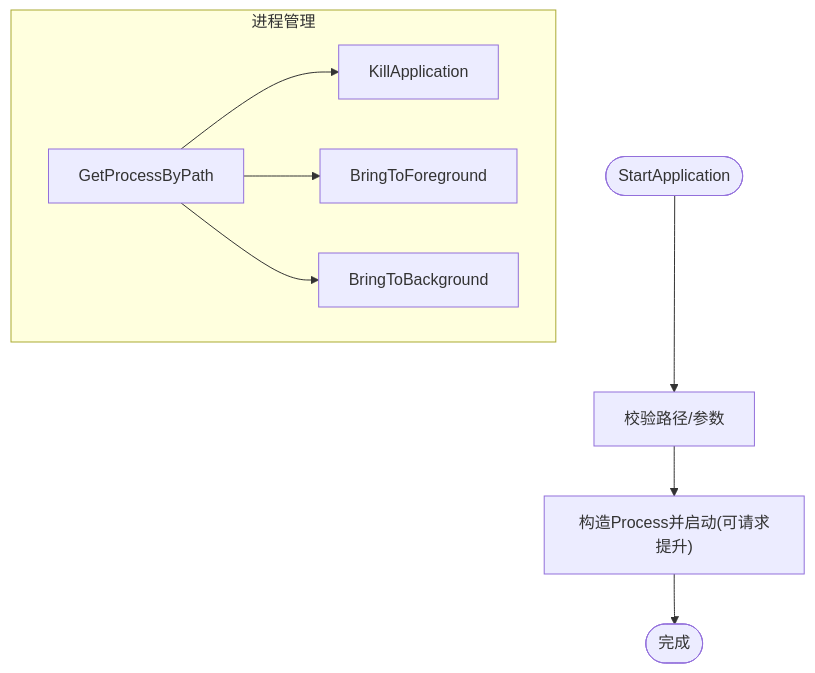
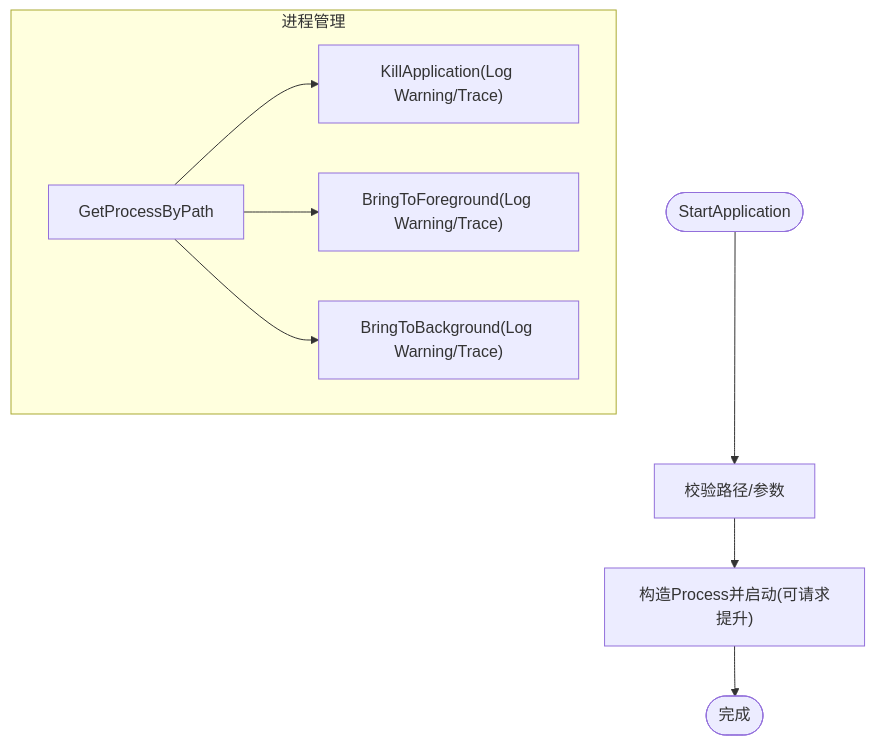
One commit to tea4go/Macro-Deck-Windows-Utils-Plugin changed the eighth of 13 diagrams in .qoder/repowiki/zh/content/开发者指南/测试与调试.md. Above: the diagram before and after it, drawn with Mermaid. The commit also changed other lines of this file and 16 other files, not shown here.

````diff
--- a/.qoder/repowiki/zh/content/开发者指南/测试与调试.md
+++ b/.qoder/repowiki/zh/content/开发者指南/测试与调试.md
@@ -164,11 +257,11 @@
 ```mermaid
 flowchart TD
 Start(["StartApplication"]) --> CheckArgs["校验路径/参数"]
 CheckArgs --> Launch["构造Process并启动(可请求提升)"]
 Launch --> Done(["完成"])
 subgraph "进程管理"
-Find["GetProcessByPath"] --> Kill["KillApplication"]
-Find --> Fore["BringToForeground"]
-Find --> Back["BringToBackground"]
+Find["GetProcessByPath"] --> Kill["KillApplication(Log Warning/Trace)"]
+Find --> Fore["BringToForeground(Log Warning/Trace)"]
+Find --> Back["BringToBackground(Log Warning/Trace)"]
 end
 ```
````
